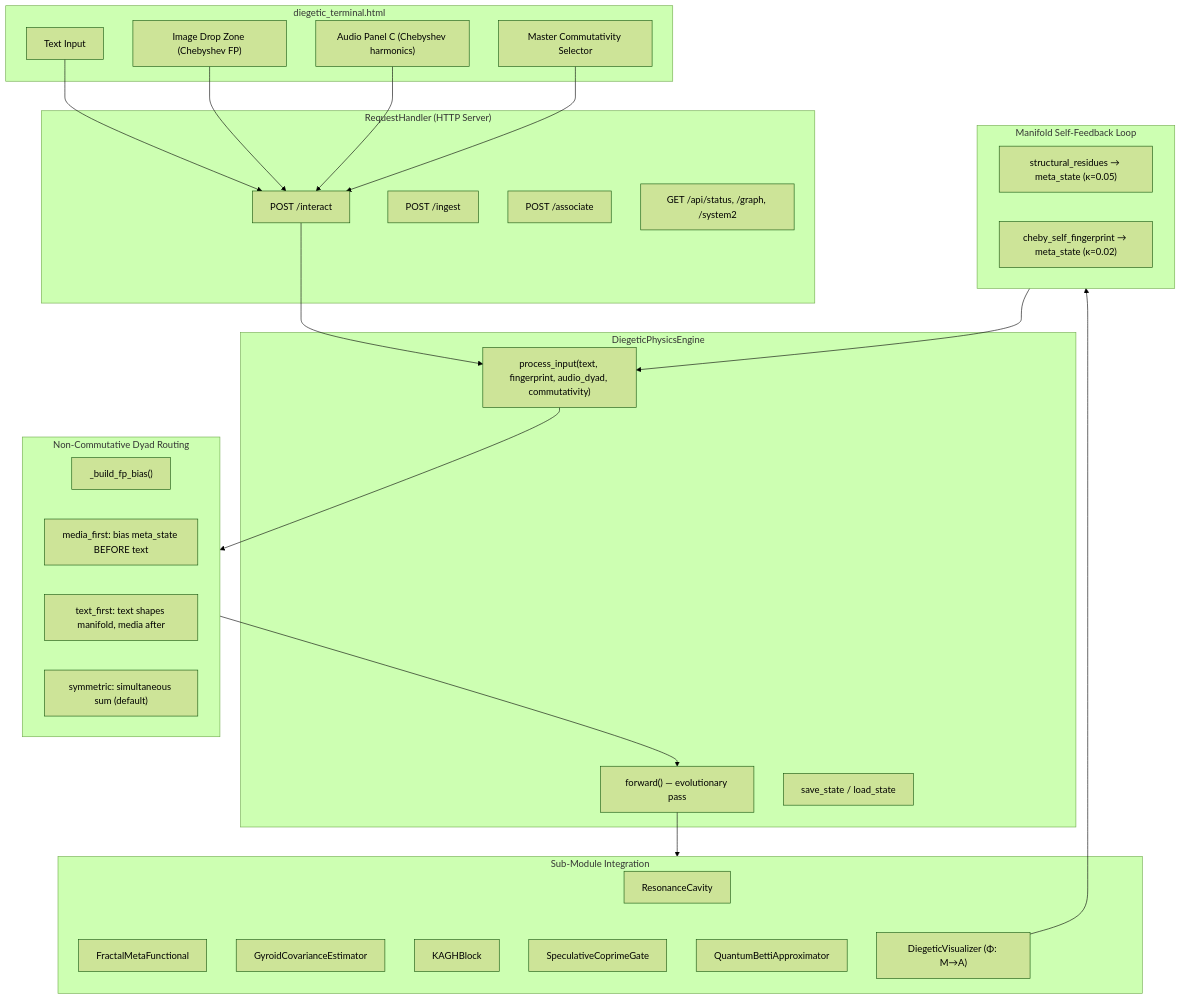
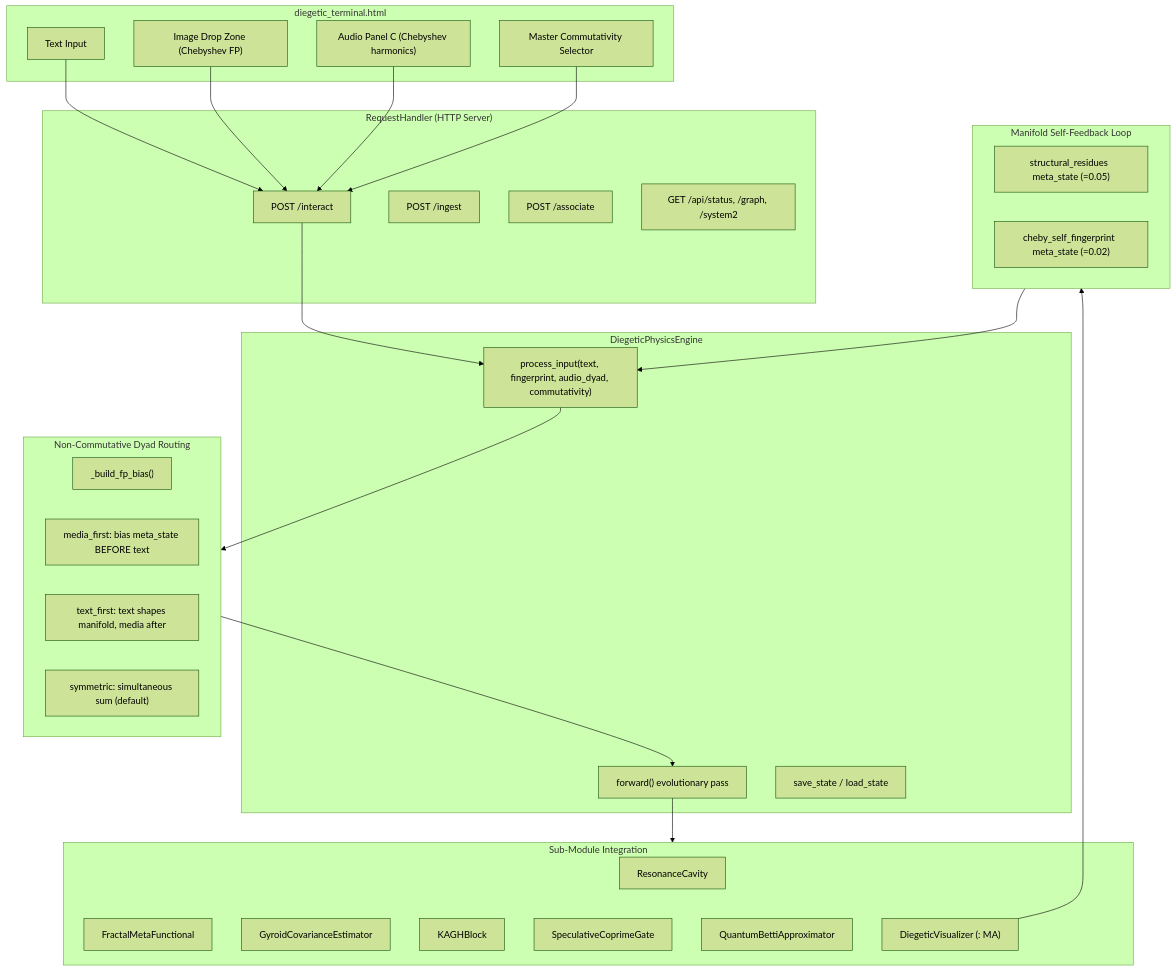
One commit to ZenoNex/Gyroidic-Sparse-Covariance-Flux-Reasoner changed the diagram in docs/DIEGETIC_ENGINE.md. Above: the diagram before and after it, drawn with Mermaid (forest theme). The commit also changed other lines of this file, not shown here.

````diff
--- a/docs/DIEGETIC_ENGINE.md
+++ b/docs/DIEGETIC_ENGINE.md
@@ -10,52 +10,52 @@
 ```mermaid
 graph TB
     subgraph UI["diegetic_terminal.html"]
         TXT["Text Input"]
         IMG["Image Drop Zone (Chebyshev FP)"]
         AUD["Audio Panel C (Chebyshev harmonics)"]
         COM["Master Commutativity Selector"]
     end
 
     subgraph HTTP["RequestHandler (HTTP Server)"]
         POST_I["POST /interact"]
         POST_IN["POST /ingest"]
         POST_A["POST /associate"]
         GET_S["GET /api/status, /graph, /system2"]
     end
 
     subgraph DPE["DiegeticPhysicsEngine"]
         PI["process_input(text, fingerprint, audio_dyad, commutativity)"]
-        FWD["forward() — evolutionary pass"]
+        FWD["forward()  evolutionary pass"]
         SAVE["save_state / load_state"]
     end
 
     subgraph Routing["Non-Commutative Dyad Routing"]
         BIAS["_build_fp_bias()"]
         MED_F["media_first: bias meta_state BEFORE text"]
         TXT_F["text_first: text shapes manifold, media after"]
         SYM["symmetric: simultaneous sum (default)"]
     end
 
     subgraph Modules["Sub-Module Integration"]
         CAV["ResonanceCavity"]
         FMF["FractalMetaFunctional"]
         GC["GyroidCovarianceEstimator"]
         KAGH["KAGHBlock"]
         SCCCG["SpeculativeCoprimeGate"]
         QTDA["QuantumBettiApproximator"]
-        VIZ["DiegeticVisualizer (Φ: M→A)"]
+        VIZ["DiegeticVisualizer (: MA)"]
     end
 
     subgraph Feedback["Manifold Self-Feedback Loop"]
-        SR["structural_residues → meta_state (κ=0.05)"]
-        CSF["cheby_self_fingerprint → meta_state (κ=0.02)"]
+        SR["structural_residues  meta_state (=0.05)"]
+        CSF["cheby_self_fingerprint  meta_state (=0.02)"]
     end
 
     TXT --> POST_I
     IMG --> POST_I
     AUD --> POST_I
     COM --> POST_I
     POST_I --> PI
     PI --> Routing --> FWD --> Modules
     Modules --> VIZ --> Feedback --> PI
 ```
````
